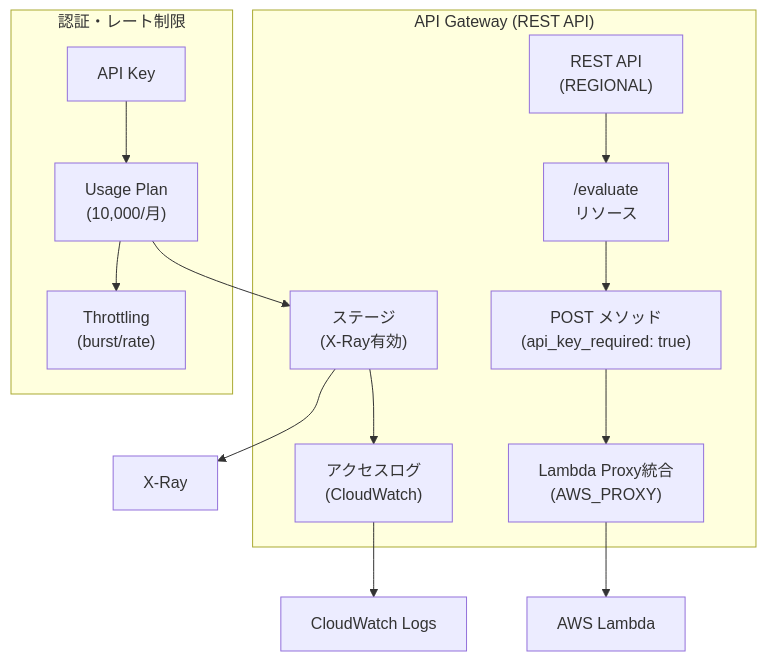
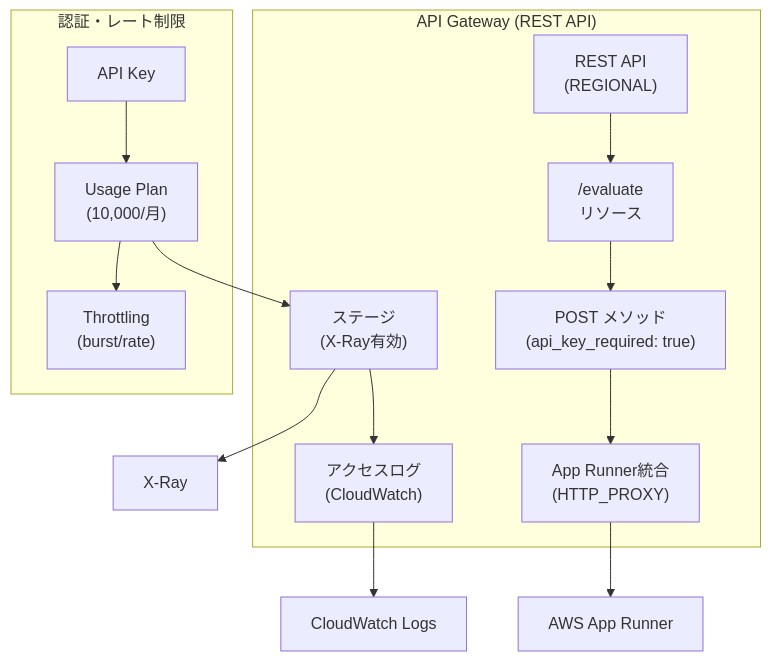
Before and after one commit to GEJFY/ic-test-ai-agent: the fifth of 7 diagrams in docs/architecture/API_GATEWAY_DESIGN.md, drawn with Mermaid. The commit also changed other lines of this file and 102 other files, not shown here.

````diff
--- a/docs/architecture/API_GATEWAY_DESIGN.md
+++ b/docs/architecture/API_GATEWAY_DESIGN.md
@@ -400,28 +400,28 @@
 ```mermaid
 flowchart TB
     subgraph APIGW["API Gateway (REST API)"]
         REST["REST API<br/>(REGIONAL)"]
         Resource["/evaluate<br/>リソース"]
         Method["POST メソッド<br/>(api_key_required: true)"]
-        Integration["Lambda Proxy統合<br/>(AWS_PROXY)"]
+        Integration["App Runner統合<br/>(HTTP_PROXY)"]
         Stage["ステージ<br/>(X-Ray有効)"]
         AccessLog["アクセスログ<br/>(CloudWatch)"]
     end
 
     subgraph Auth["認証・レート制限"]
         APIKey["API Key"]
         UsagePlan["Usage Plan<br/>(10,000/月)"]
         Throttle["Throttling<br/>(burst/rate)"]
     end
 
-    Lambda["AWS Lambda"]
+    AppRunner["AWS App Runner"]
     CWLogs["CloudWatch Logs"]
     XRay["X-Ray"]
 
     REST --> Resource --> Method --> Integration
-    Integration --> Lambda
+    Integration --> AppRunner
     Stage --> AccessLog --> CWLogs
     Stage --> XRay
     APIKey --> UsagePlan --> Stage
     UsagePlan --> Throttle
 ```
````
